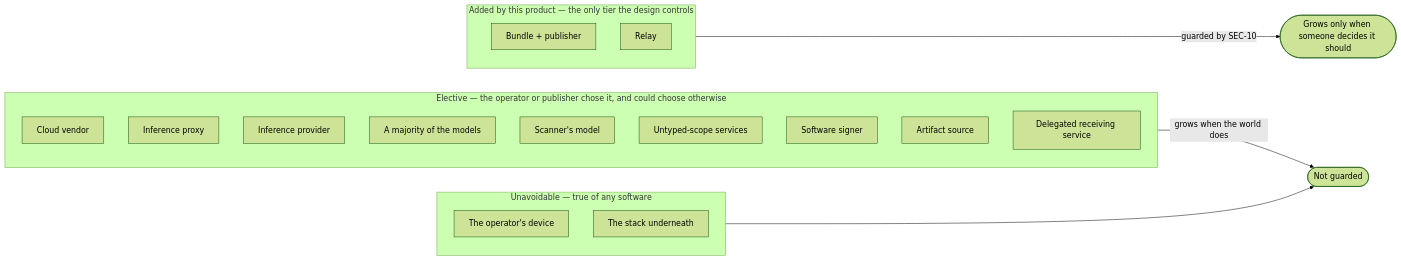
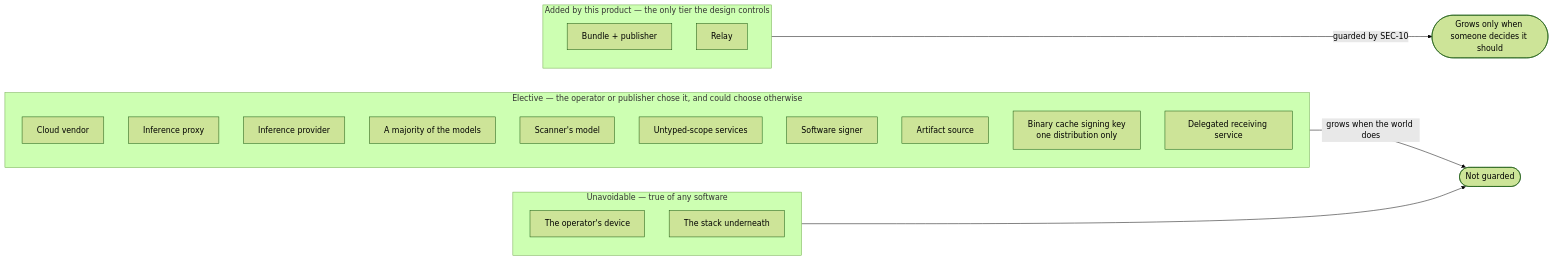
One commit to douglaz/tau-web-spec changed the diagram in 05-trust.md. Above: the diagram before and after it, drawn with Mermaid (forest theme). The commit also changed other lines of this file and 6 other files, not shown here.

````diff
--- a/05-trust.md
+++ b/05-trust.md
@@ -10,25 +10,26 @@
 ```mermaid
 flowchart LR
     subgraph U["Unavoidable — true of any software"]
         U1[The operator's device]
         U2[The stack underneath]
     end
     subgraph E["Elective — the operator or publisher chose it, and could choose otherwise"]
         E1[Cloud vendor]
         E2[Inference proxy]
         E3[Inference provider]
         E4[A majority of the models]
         E5[Scanner's model]
         E6[Untyped-scope services]
         E7[Software signer]
         E8[Artifact source]
+        E8a["Binary cache signing key<br/>one distribution only"]
         E9[Delegated receiving service]
     end
     subgraph A["Added by this product — the only tier the design controls"]
         A1[Bundle + publisher]
         A2[Relay]
     end
     A -->|"guarded by SEC-10"| GUARD([Grows only when someone decides it should])
     E -->|grows when the world does| WORLD([Not guarded])
     U --> WORLD
 ```
````
